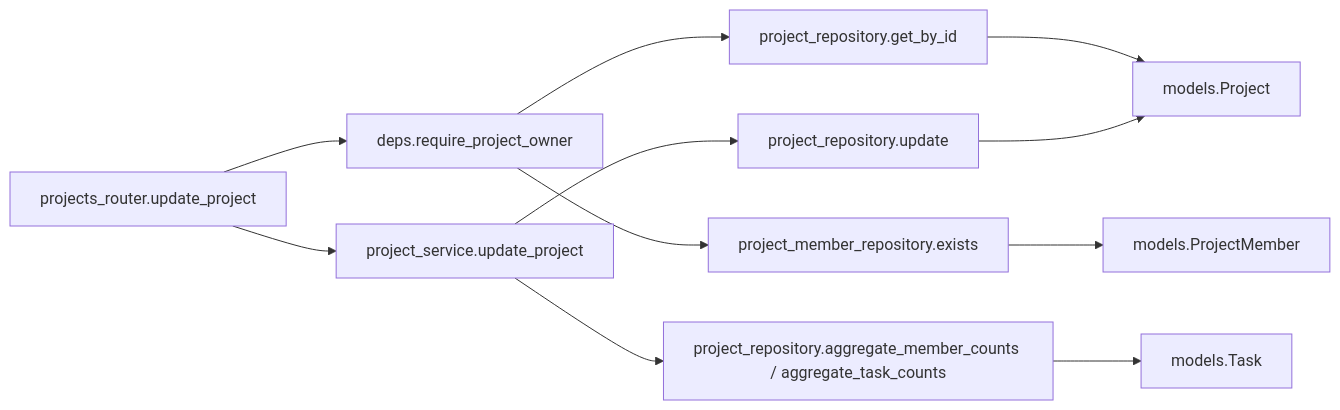
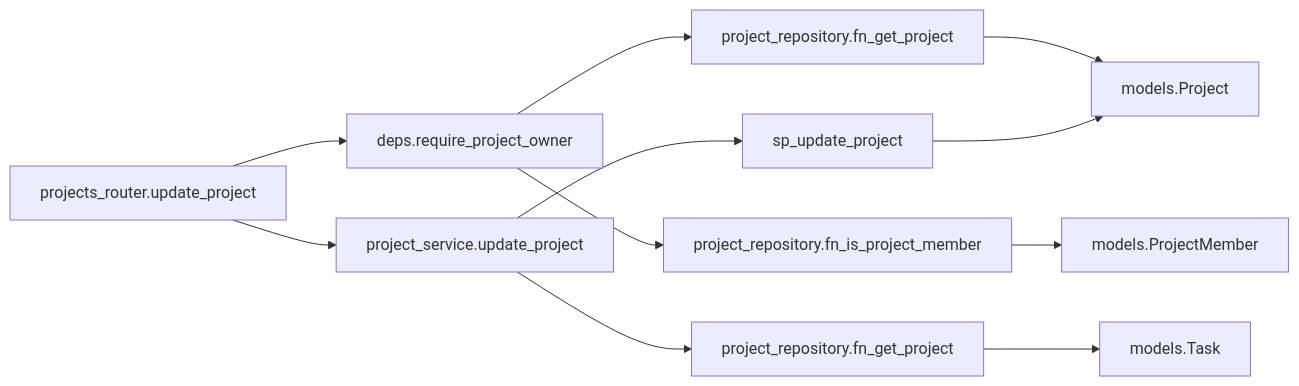
Before and after one commit to oikawa-d/task_management: the third of 4 diagrams in detailed_design/api/projects/04_patch_project.md, drawn with Mermaid. The commit also changed other lines of this file and 58 other files, not shown here.

````diff
--- a/detailed_design/api/projects/04_patch_project.md
+++ b/detailed_design/api/projects/04_patch_project.md
@@ -212,13 +212,13 @@
 ```mermaid
 flowchart LR
     R["projects_router.update_project"] --> D["deps.require_project_owner"]
-    D --> RP1["project_repository.get_by_id"]
-    D --> RP2["project_member_repository.exists"]
+    D --> RP1["project_repository.fn_get_project"]
+    D --> RP2["project_repository.fn_is_project_member"]
     R --> S["project_service.update_project"]
-    S --> RP3["project_repository.update"]
-    S --> RP4["project_repository.aggregate_member_counts / aggregate_task_counts"]
+    S --> RP3["sp_update_project"]
+    S --> RP4["project_repository.fn_get_project"]
     RP1 --> M1["models.Project"]
     RP2 --> M2["models.ProjectMember"]
     RP3 --> M1
     RP4 --> M3["models.Task"]
 ```
````
